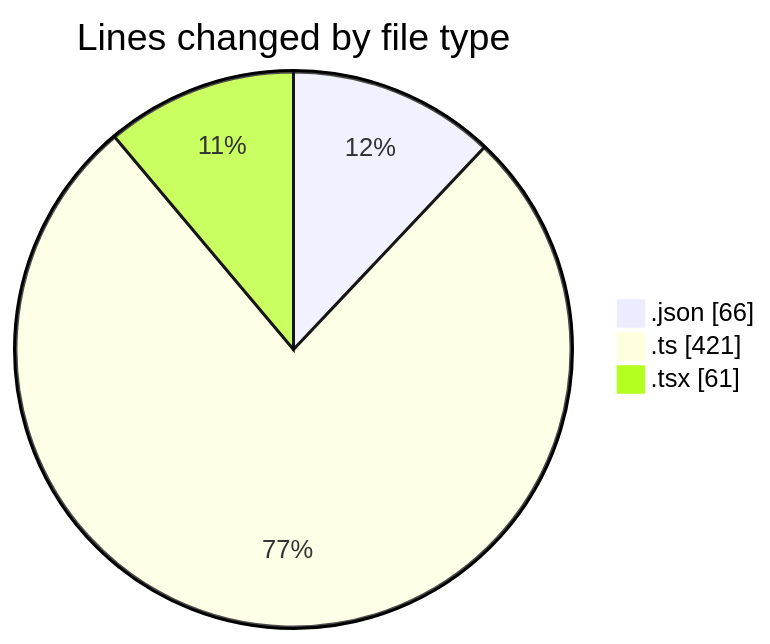
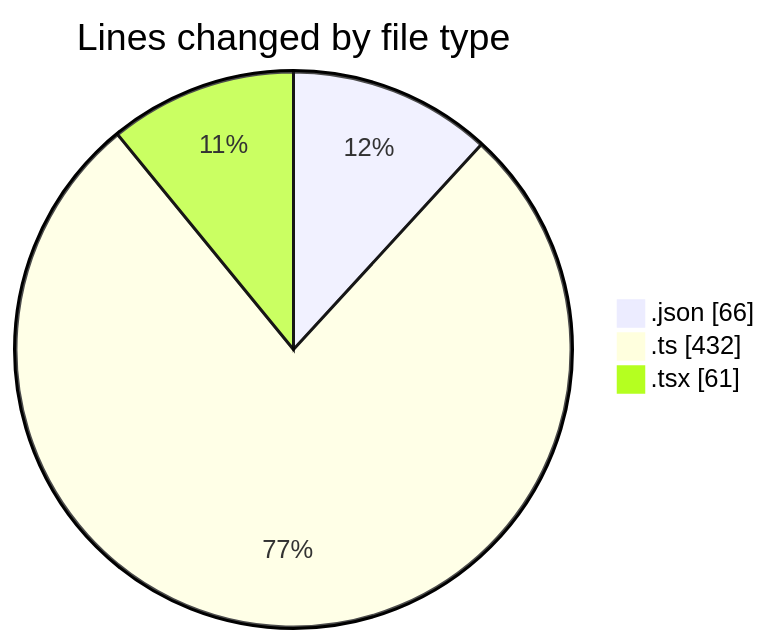
Before and after one commit to momahboobian/code-tracking: the first of 2 diagrams in 2025-05-09/cda/README.md, drawn with Mermaid. The commit also changed other lines of this file and 1 other file, not shown here.

````diff
--- a/2025-05-09/cda/README.md
+++ b/2025-05-09/cda/README.md
@@ -23,7 +23,7 @@
 ```mermaid
 pie showData
 title Lines changed by file type
 ".json" : 66
-".ts" : 421
+".ts" : 432
 ".tsx" : 61
 ```
````
